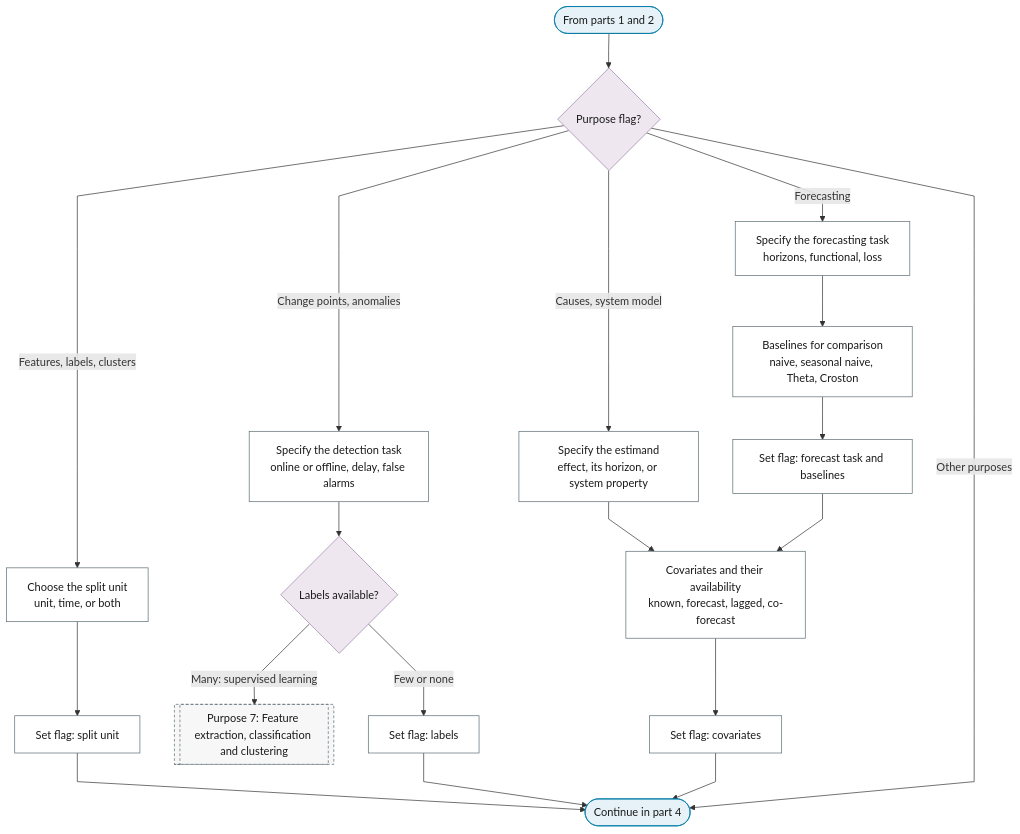
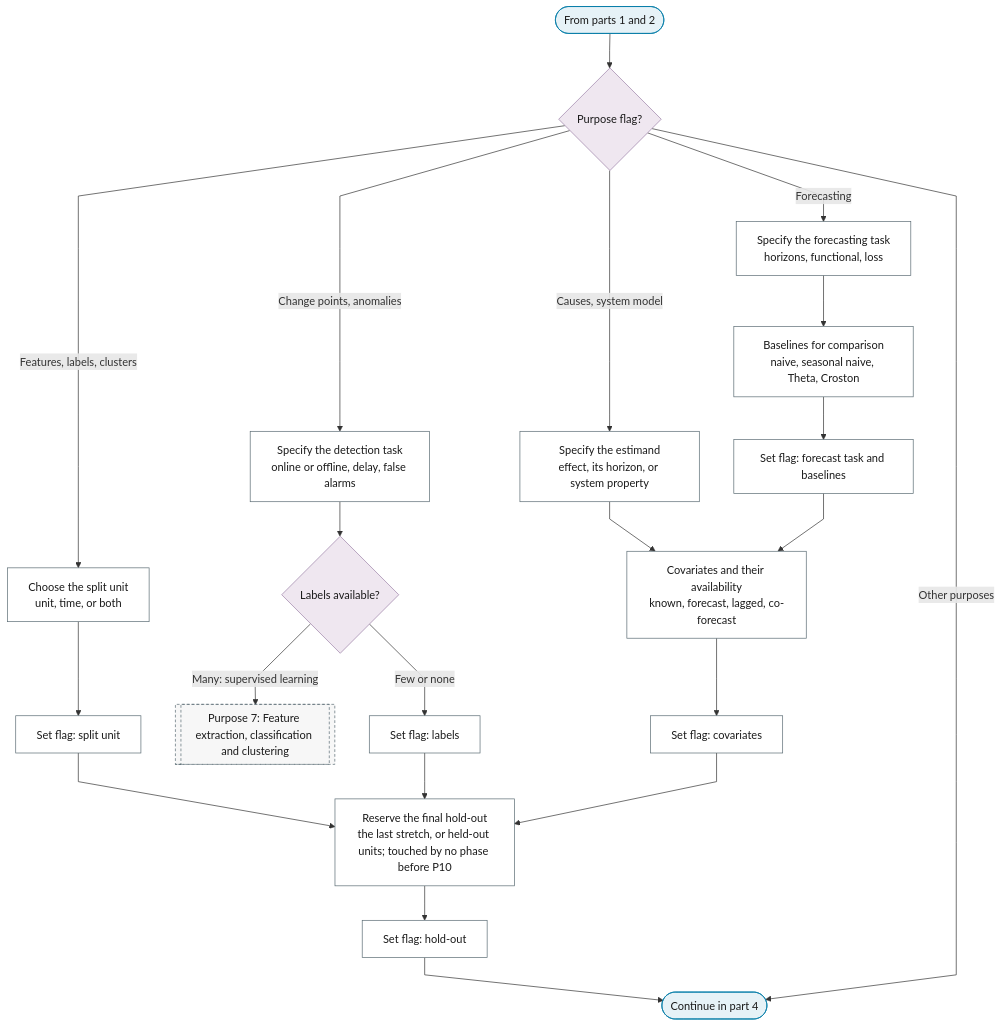
The third of 4 diagrams in docs/01-workflow/p00-purpose/index.md (Shuxin-Y/time-series-analysis-manual), drawn with Mermaid before and after one commit. The commit also changed other lines of this file and 5 other files, not shown here.

````diff
--- a/docs/01-workflow/p00-purpose/index.md
+++ b/docs/01-workflow/p00-purpose/index.md
@@ -72,32 +77,34 @@
 ```mermaid
 %%{init: {"flowchart": {"curve": "linear"}}}%%
 graph TD
     P0_PART_3_IN(["From parts 1 and 2"]) --> P0_PLAN{"Purpose flag?"}
     P0_PLAN -->|"Forecasting"| P0_FORECAST_TASK["Specify the forecasting task<br/>horizons, functional, loss"]
     P0_PLAN -->|"Change points, anomalies"| P0_DETECTION_TASK["Specify the detection task<br/>online or offline, delay, false alarms"]
     P0_PLAN -->|"Causes, system model"| P0_ESTIMAND["Specify the estimand<br/>effect, its horizon, or system property"]
     P0_PLAN -->|"Features, labels, clusters"| P0_SPLIT_UNIT["Choose the split unit<br/>unit, time, or both"]
     P0_PLAN -->|"Other purposes"| P0_PART_3_OUT(["Continue in part 4"])
     P0_FORECAST_TASK --> P0_FC_BASELINES["Baselines for comparison<br/>naive, seasonal naive, Theta, Croston"]
     P0_FC_BASELINES --> P0_FORECAST_FLAG["Set flag: forecast task and baselines"]
     P0_FORECAST_FLAG --> P0_COVARIATES["Covariates and their availability<br/>known, forecast, lagged, co-forecast"]
     P0_ESTIMAND --> P0_COVARIATES
     P0_COVARIATES --> P0_COVARIATE_FLAG["Set flag: covariates"]
     P0_DETECTION_TASK --> P0_LABELS{"Labels available?"}
     P0_LABELS -->|"Many: supervised learning"| P0_FEATURES[["Purpose 7: Feature extraction, classification and clustering"]]
     P0_LABELS -->|"Few or none"| P0_DETECTION_FLAG["Set flag: labels"]
     P0_SPLIT_UNIT --> P0_SPLIT_FLAG["Set flag: split unit"]
-    P0_COVARIATE_FLAG & P0_DETECTION_FLAG & P0_SPLIT_FLAG --> P0_PART_3_OUT
+    P0_COVARIATE_FLAG & P0_DETECTION_FLAG & P0_SPLIT_FLAG --> P0_HOLDOUT["Reserve the final hold-out<br/>the last stretch, or held-out units; touched by no phase before P10"]
+    P0_HOLDOUT --> P0_HOLDOUT_FLAG["Set flag: hold-out"]
+    P0_HOLDOUT_FLAG --> P0_PART_3_OUT
     class P0_PART_3_IN,P0_PART_3_OUT terminator
     class P0_PLAN,P0_LABELS decision
-    class P0_FORECAST_TASK,P0_DETECTION_TASK,P0_ESTIMAND,P0_SPLIT_UNIT,P0_FC_BASELINES,P0_COVARIATES,P0_FORECAST_FLAG,P0_COVARIATE_FLAG,P0_DETECTION_FLAG,P0_SPLIT_FLAG process
+    class P0_FORECAST_TASK,P0_DETECTION_TASK,P0_ESTIMAND,P0_SPLIT_UNIT,P0_FC_BASELINES,P0_COVARIATES,P0_FORECAST_FLAG,P0_COVARIATE_FLAG,P0_DETECTION_FLAG,P0_SPLIT_FLAG,P0_HOLDOUT,P0_HOLDOUT_FLAG process
     class P0_FEATURES ref
     classDef terminator fill:#E6F2F7,stroke:#007BA7,color:#1A1A1A;
     classDef process fill:#FFFFFF,stroke:#5A6B73,color:#1A1A1A;
     classDef decision fill:#EFE7F0,stroke:#9B7FA7,color:#1A1A1A;
     classDef data fill:#FFF4E0,stroke:#C9A55E,color:#1A1A1A;
     classDef good fill:#DCEFD8,stroke:#4A7A3F,color:#1A1A1A;
     classDef escalate fill:#FFE9C2,stroke:#C9A55E,color:#1A1A1A;
     classDef problem fill:#F2D9DE,stroke:#800020,color:#1A1A1A;
     classDef ref fill:#F7F7F7,stroke:#5A6B73,color:#1A1A1A,stroke-dasharray:4 3;
 ```
````
